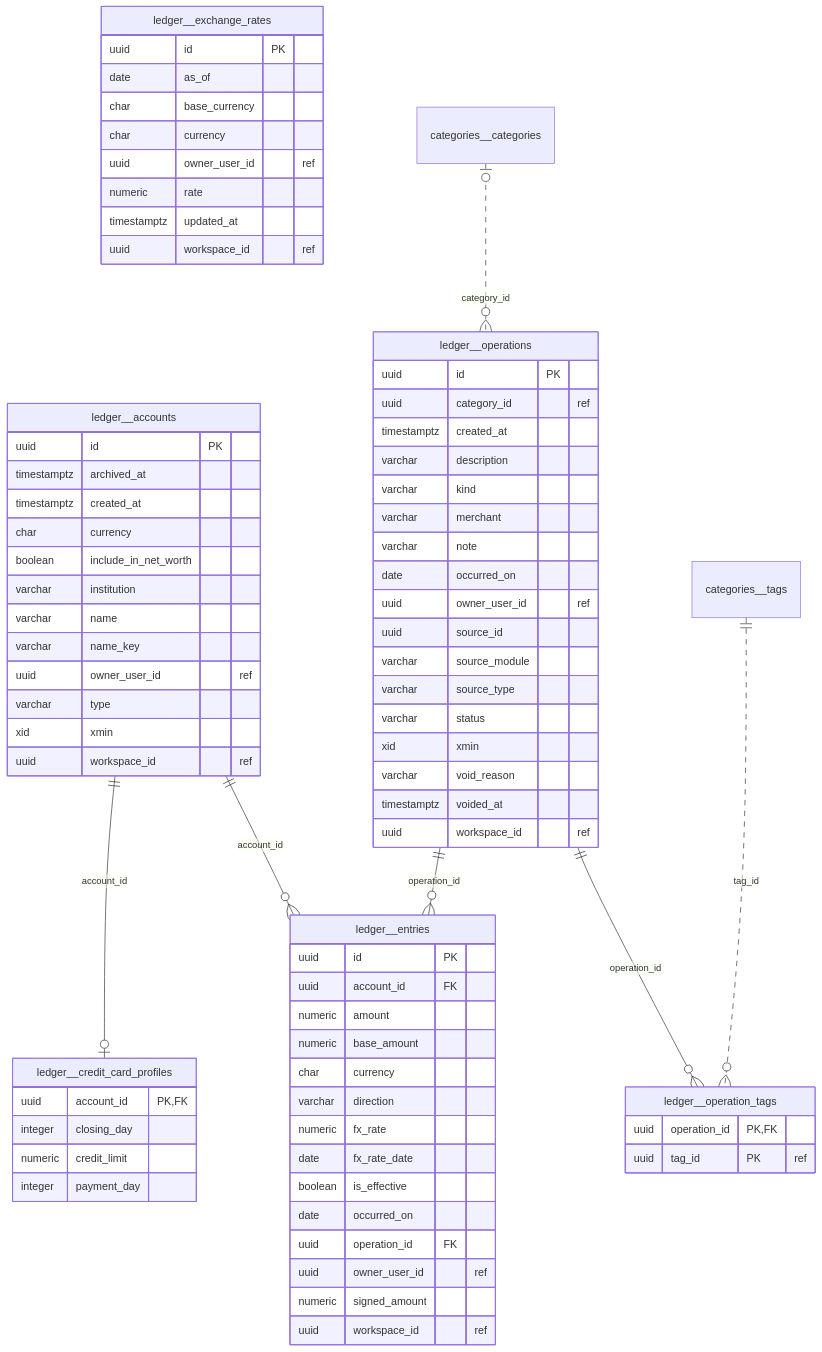
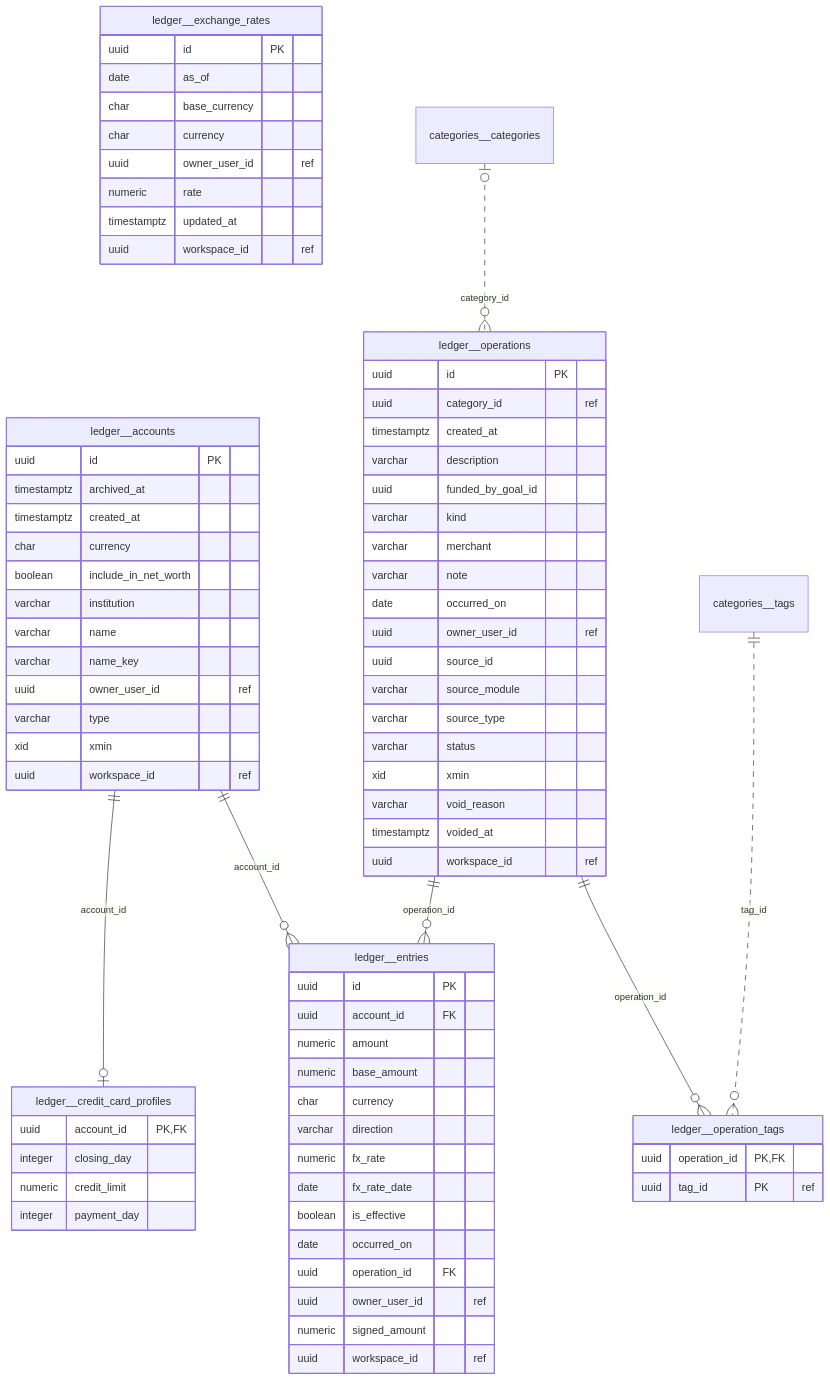
One commit to TorresMBA/finanzas-hub-api changed the fifth of 13 diagrams in docs/backend/database.md. Above: the diagram before and after it, drawn with Mermaid. The commit also changed other lines of this file and 26 other files, not shown here.

````diff
--- a/docs/backend/database.md
+++ b/docs/backend/database.md
@@ -573,78 +573,79 @@
 ```mermaid
 erDiagram
     ledger__accounts {
         uuid id PK
         timestamptz archived_at
         timestamptz created_at
         char currency
         boolean include_in_net_worth
         varchar institution
         varchar name
         varchar name_key
         uuid owner_user_id "ref"
         varchar type
         xid xmin
         uuid workspace_id "ref"
     }
     ledger__entries {
         uuid id PK
         uuid account_id FK
         numeric amount
         numeric base_amount
         char currency
         varchar direction
         numeric fx_rate
         date fx_rate_date
         boolean is_effective
         date occurred_on
         uuid operation_id FK
         uuid owner_user_id "ref"
         numeric signed_amount
         uuid workspace_id "ref"
     }
     ledger__exchange_rates {
         uuid id PK
         date as_of
         char base_currency
         char currency
         uuid owner_user_id "ref"
         numeric rate
         timestamptz updated_at
         uuid workspace_id "ref"
     }
     ledger__operations {
         uuid id PK
         uuid category_id "ref"
         timestamptz created_at
         varchar description
+        uuid funded_by_goal_id
         varchar kind
         varchar merchant
         varchar note
         date occurred_on
         uuid owner_user_id "ref"
         uuid source_id
         varchar source_module
         varchar source_type
         varchar status
         xid xmin
         varchar void_reason
         timestamptz voided_at
         uuid workspace_id "ref"
     }
     ledger__credit_card_profiles {
         uuid account_id PK,FK
         integer closing_day
         numeric credit_limit
         integer payment_day
     }
     ledger__operation_tags {
         uuid operation_id PK,FK
         uuid tag_id PK "ref"
     }
     ledger__accounts ||--o{ ledger__entries : "account_id"
     ledger__operations ||--o{ ledger__entries : "operation_id"
     categories__categories |o..o{ ledger__operations : "category_id"
     ledger__accounts ||--o| ledger__credit_card_profiles : "account_id"
     ledger__operations ||--o{ ledger__operation_tags : "operation_id"
     categories__tags ||..o{ ledger__operation_tags : "tag_id"
 ```
````
